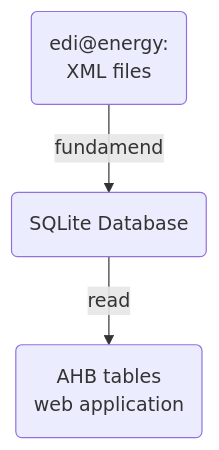
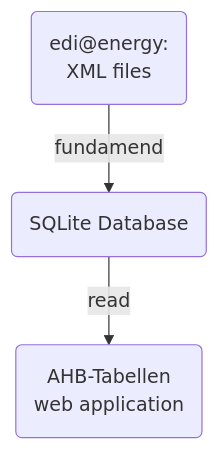
One commit to Hochfrequenz/ahbesser changed the diagram in README.md. Above: the diagram before and after it, drawn with Mermaid.

````diff
--- a/README.md
+++ b/README.md
@@ -25,7 +25,7 @@
 ```mermaid
 flowchart TD
     A("edi@energy:
     XML files") -->|fundamend| B("SQLite Database")
-    B -->|read| C("AHB tables
+    B -->|read| C("AHB-Tabellen
     web application")
 ```
````
